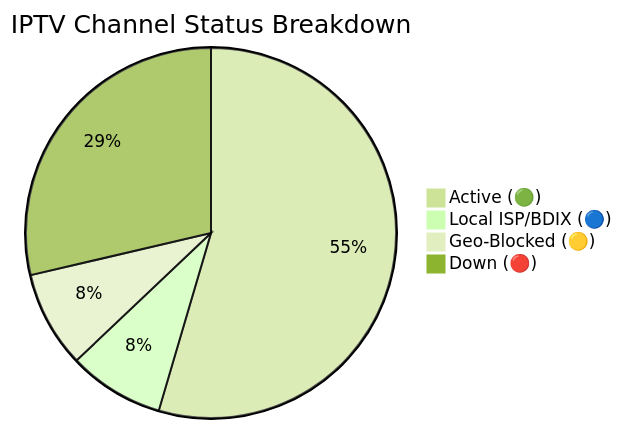
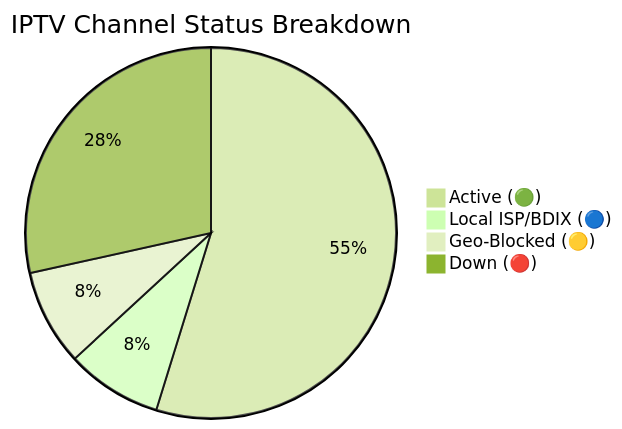
The diagram in README.md (Zaman-Topu/Ip-tv-Collection), drawn with Mermaid (forest theme) before and after one commit. The commit also changed other lines of this file and 6 other files, not shown here.

````diff
--- a/README.md
+++ b/README.md
@@ -149,7 +149,7 @@
 ```mermaid
 pie title IPTV Channel Status Breakdown
-    "Active (🟢)" : 10543
+    "Active (🟢)" : 10591
     "Local ISP/BDIX (🔵)" : 1618
-    "Geo-Blocked (🟡)" : 1627
-    "Down (🔴)" : 5538
+    "Geo-Blocked (🟡)" : 1622
+    "Down (🔴)" : 5505
 ```
````
